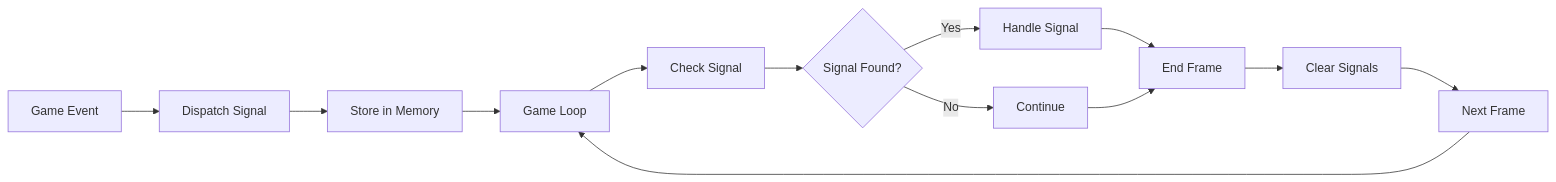
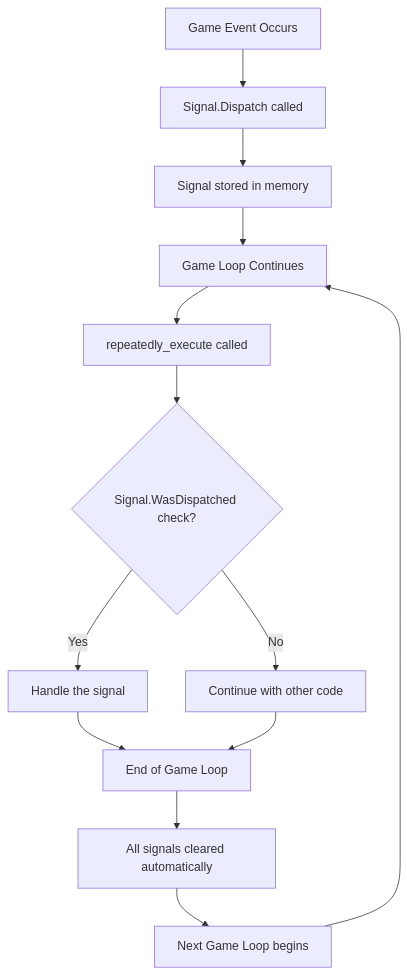
One commit to clickpulp/ags-modules changed the diagram in docs/signal.md. Above: the diagram before and after it, drawn with Mermaid. The commit also changed other lines of this file, not shown here.

Commit message:
replace graph with flowchart 3

````diff
--- a/docs/signal.md
+++ b/docs/signal.md
@@ -13,15 +13,15 @@
 ```mermaid
-flowchart LR
-    A[Game Event] --> B[Dispatch Signal]
-    B --> C[Store in Memory]
-    C --> D[Game Loop]
-    D --> E[Check Signal]
-    E --> F{Signal Found?}
-    F -->|Yes| G[Handle Signal]
-    F -->|No| H[Continue]
-    G --> I[End Frame]
+flowchart TD
+    A["Game Event Occurs"] --> B["Signal.Dispatch called"]
+    B --> C["Signal stored in memory"]
+    C --> D["Game Loop Continues"]
+    D --> E["repeatedly_execute called"]
+    E --> F{"Signal.WasDispatched check?"}
+    F -->|Yes| G["Handle the signal"]
+    F -->|No| H["Continue with other code"]
+    G --> I["End of Game Loop"]
     H --> I
-    I --> J[Clear Signals]
-    J --> K[Next Frame]
+    I --> J["All signals cleared automatically"]
+    J --> K["Next Game Loop begins"]
     K --> D
 ```
````
